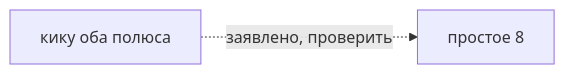
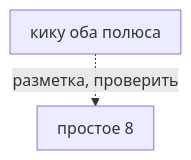
Before and after one commit to newYurk/temari: the first of 2 diagrams in Temari-Obsidian/02 Узоры/кику оба полюса.md, drawn with Mermaid. The commit also changed other lines of this file and 61 other files, not shown here.

Commit message:
fix(vault): show readable craft relationships and distinct graph nodes

````diff
--- a/Temari-Obsidian/02 Узоры/кику оба полюса.md
+++ b/Temari-Obsidian/02 Узоры/кику оба полюса.md
@@ -37,6 +19,8 @@
 ```mermaid
-flowchart LR
+%%{init: {"flowchart":{"nodeSpacing":16,"rankSpacing":28,"curve":"linear","padding":10},"themeVariables":{"fontSize":"16px"}}}%%
+flowchart TB
   M["кику оба полюса"]
   D0["простое 8"]
-  M -.->|заявлено, проверить| D0
+  M -.->|разметка, проверить| D0
+  class M,D0 internal-link;
 ```
````
